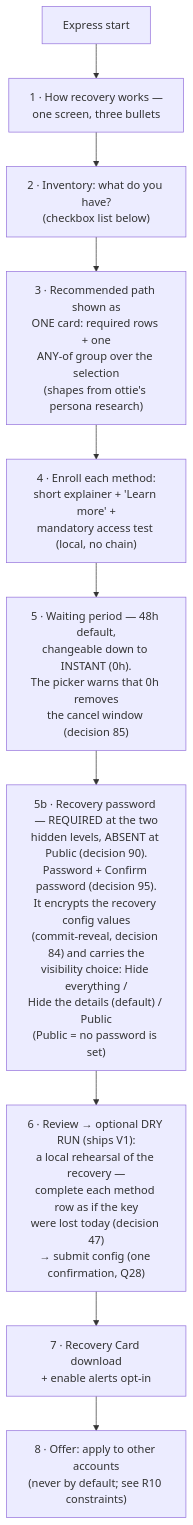
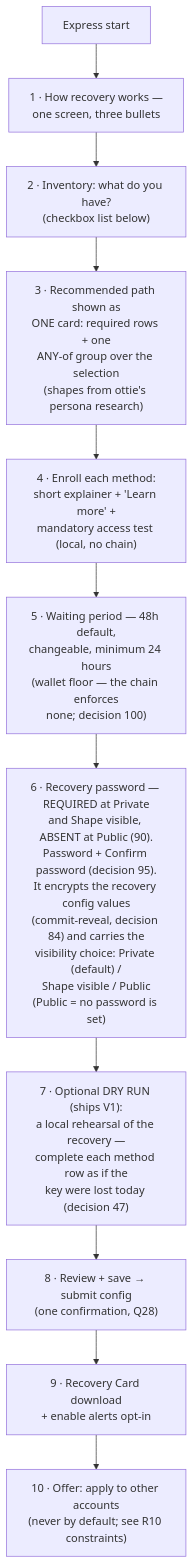
One commit to FiboAtWonder/kohaku-extension changed the fourth of 12 diagrams in social-recovery-ux-flows.md. Above: the diagram before and after it, drawn with Mermaid. The commit also changed other lines of this file and 4 other files, not shown here.

Commit message:
docs: fifth review round (titi, 32 threads) — decisions 99-102: Private default rename, 24h wallet floor, REC-29 removed, 1-1 stays; SDK v10, extension v6, kit-asks v3 (REC-42/43); histories moved to status

````diff
--- a/social-recovery-ux-flows.md
+++ b/social-recovery-ux-flows.md
@@ -113,12 +112,13 @@
 ```mermaid
 flowchart TD
     A[Express start] --> B["1 · How recovery works —<br/>one screen, three bullets"]
     B --> C["2 · Inventory: what do you have?<br/>(checkbox list below)"]
     C --> D["3 · Recommended path shown as<br/>ONE card: required rows + one<br/>ANY-of group over the selection<br/>(shapes from ottie's persona research)"]
     D --> E["4 · Enroll each method:<br/>short explainer + 'Learn more' +<br/>mandatory access test (local, no chain)"]
-    E --> F["5 · Waiting period — 48h default,<br/>changeable down to INSTANT (0h).<br/>The picker warns that 0h removes<br/>the cancel window (decision 85)"]
-    F --> PW["5b · Recovery password — REQUIRED at the two<br/>hidden levels, ABSENT at Public (decision 90).<br/>Password + Confirm password (decision 95).<br/>It encrypts the recovery config values<br/>(commit-reveal, decision 84) and carries the<br/>visibility choice: Hide everything /<br/>Hide the details (default) / Public<br/>(Public = no password is set)"]
-    PW --> G["6 · Review → optional DRY RUN (ships V1):<br/>a local rehearsal of the recovery —<br/>complete each method row as if the key<br/>were lost today (decision 47)<br/>→ submit config (one confirmation, Q28)"]
-    G --> H["7 · Recovery Card download<br/>+ enable alerts opt-in"]
-    H --> I["8 · Offer: apply to other accounts<br/>(never by default; see R10 constraints)"]
+    E --> F["5 · Waiting period — 48h default,<br/>changeable, minimum 24 hours<br/>(wallet floor — the chain enforces<br/>none; decision 100)"]
+    F --> PW["6 · Recovery password — REQUIRED at Private<br/>and Shape visible, ABSENT at Public (90).<br/>Password + Confirm password (decision 95).<br/>It encrypts the recovery config values<br/>(commit-reveal, decision 84) and carries the<br/>visibility choice: Private (default) /<br/>Shape visible / Public<br/>(Public = no password is set)"]
+    PW --> DR["7 · Optional DRY RUN (ships V1):<br/>a local rehearsal of the recovery —<br/>complete each method row as if the<br/>key were lost today (decision 47)"]
+    DR --> G["8 · Review + save → submit config<br/>(one confirmation, Q28)"]
+    G --> H["9 · Recovery Card download<br/>+ enable alerts opt-in"]
+    H --> I["10 · Offer: apply to other accounts<br/>(never by default; see R10 constraints)"]
 ```
````
